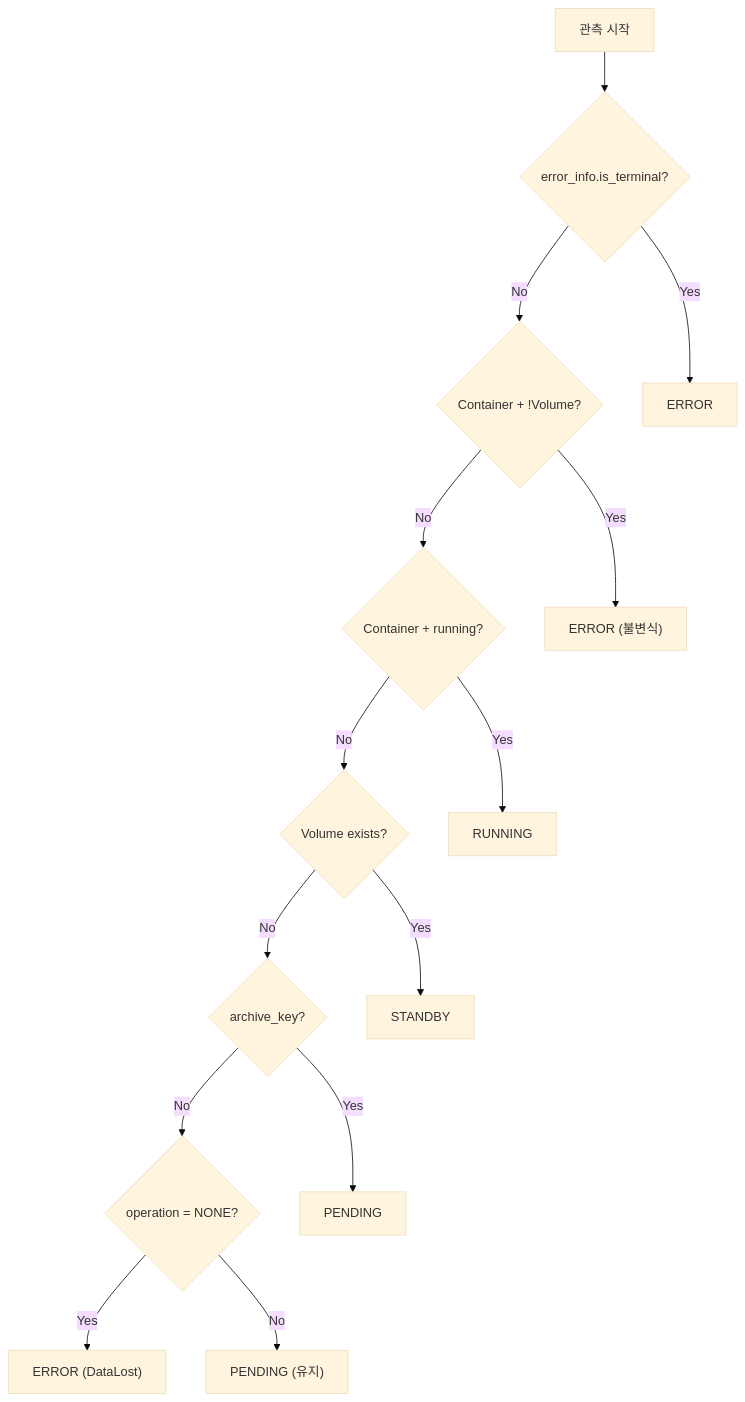
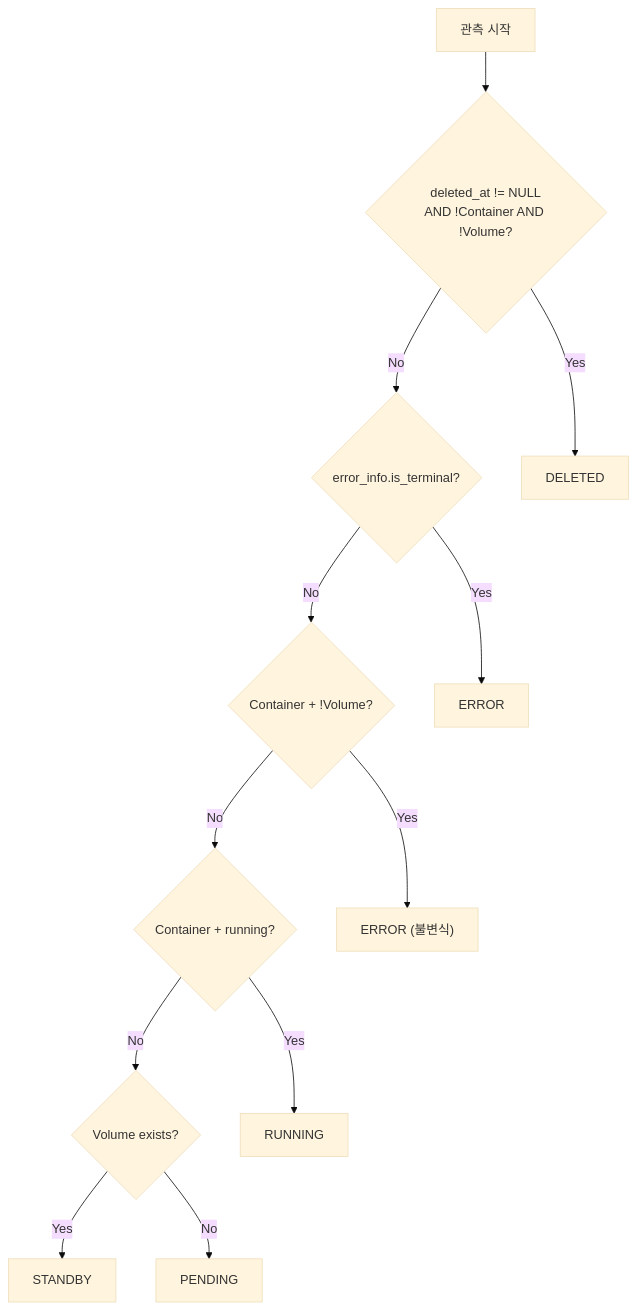
Before and after one commit to cagojeiger/code-hub: the diagram in docs/spec_v2/components/health-monitor.md, drawn with Mermaid (base theme). The commit also changed other lines of this file and 8 other files, not shown here.

````diff
--- a/docs/spec_v2/components/health-monitor.md
+++ b/docs/spec_v2/components/health-monitor.md
@@ -81,32 +80,28 @@
 ```mermaid
 flowchart TB
     Start["관측 시작"]
+    Deleted{"deleted_at != NULL<br/>AND !Container AND !Volume?"}
     Terminal{"error_info.is_terminal?"}
     ContainerNoVol{"Container + !Volume?"}
     Running{"Container + running?"}
     Volume{"Volume exists?"}
-    Archive{"archive_key?"}
-    Operation{"operation = NONE?"}
 
+    DELETED["DELETED"]
     ERROR1["ERROR"]
     ERROR2["ERROR (불변식)"]
     RUNNING["RUNNING"]
     STANDBY["STANDBY"]
     PENDING["PENDING"]
-    ERROR3["ERROR (DataLost)"]
-    PENDING2["PENDING (유지)"]
 
-    Start --> Terminal
+    Start --> Deleted
+    Deleted -->|Yes| DELETED
+    Deleted -->|No| Terminal
     Terminal -->|Yes| ERROR1
     Terminal -->|No| ContainerNoVol
     ContainerNoVol -->|Yes| ERROR2
     ContainerNoVol -->|No| Running
     Running -->|Yes| RUNNING
     Running -->|No| Volume
     Volume -->|Yes| STANDBY
-    Volume -->|No| Archive
-    Archive -->|Yes| PENDING
-    Archive -->|No| Operation
-    Operation -->|Yes| ERROR3
-    Operation -->|No| PENDING2
+    Volume -->|No| PENDING
 ```
````
